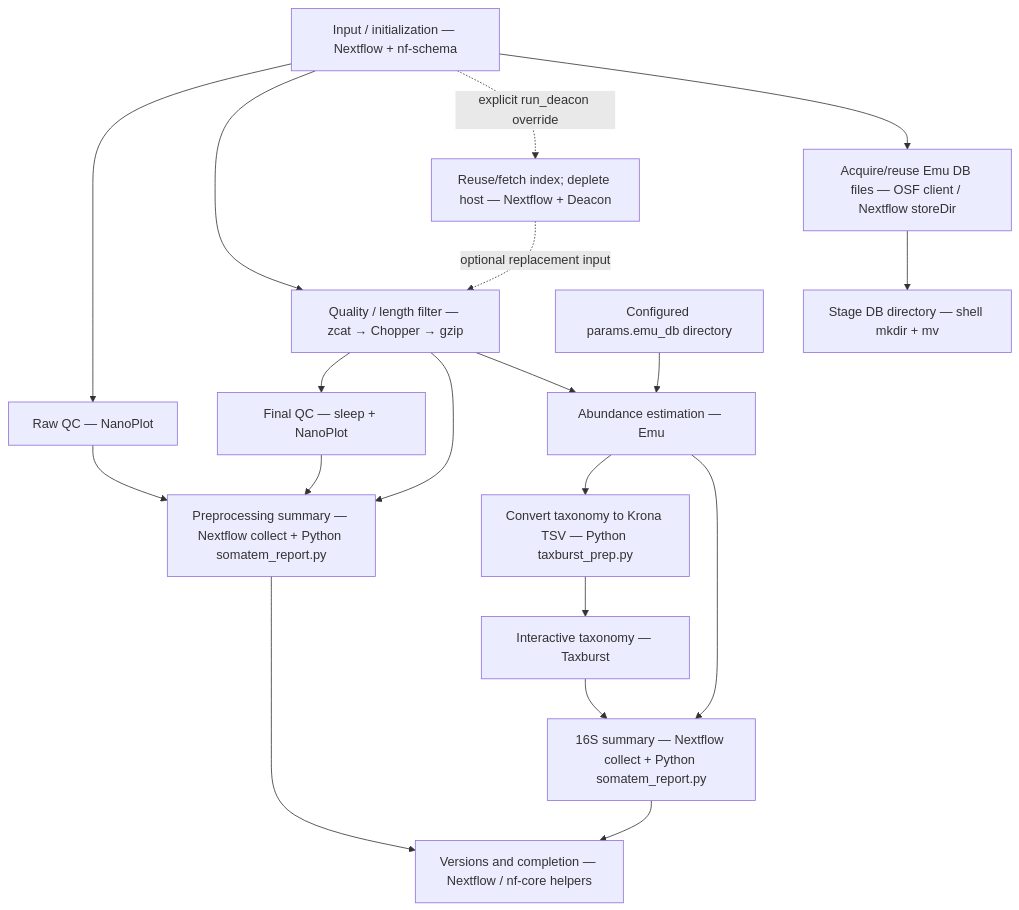
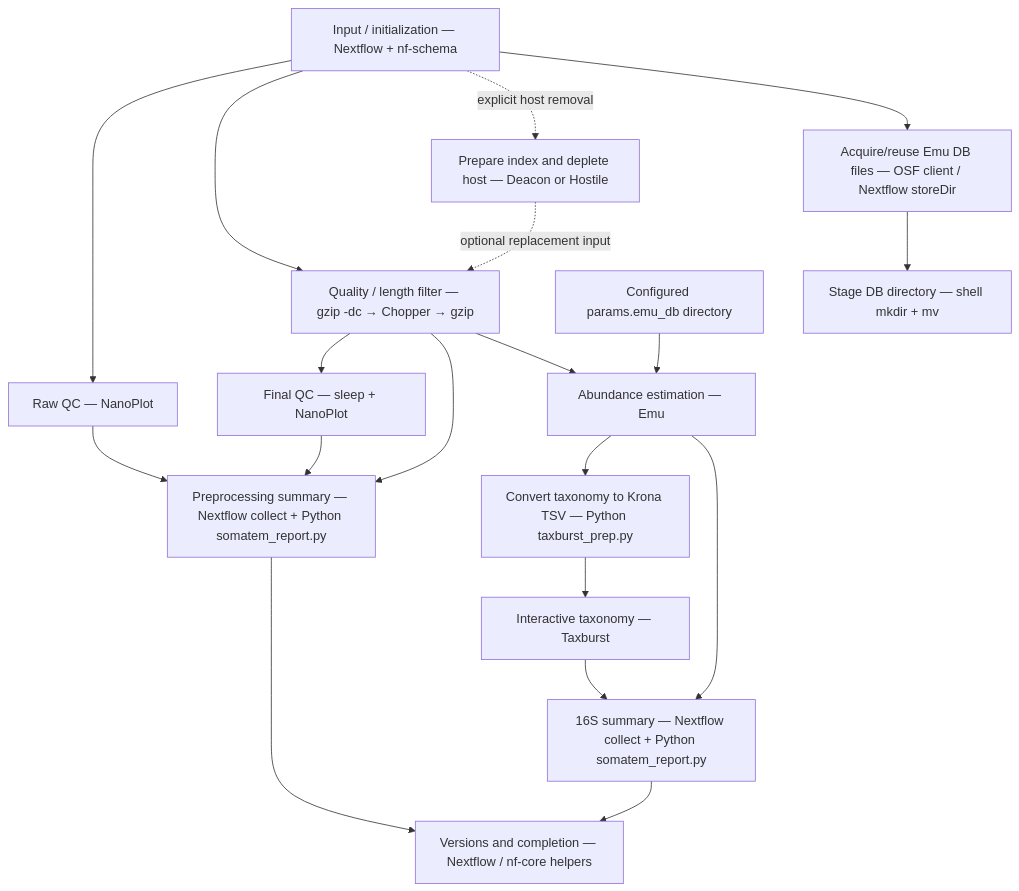
The third of 17 diagrams in docs/workflow-breakdown.md (treangenlab/somatem), drawn with Mermaid before and after one commit. The commit also changed other lines of this file and 15 other files, not shown here.

Commit message:
add hostile back for host genomes with no pan

````diff
--- a/docs/workflow-breakdown.md
+++ b/docs/workflow-breakdown.md
@@ -119,21 +119,21 @@
 ```mermaid
 flowchart TD
     S0["Input / initialization — Nextflow + nf-schema"] --> S1["Raw QC — NanoPlot"]
-    S0 --> S2["Quality / length filter — zcat → Chopper → gzip"]
-    S0 -. explicit run_deacon override .-> SD["Reuse/fetch index; deplete host — Nextflow + Deacon"]
+    S0 --> S2["Quality / length filter — gzip -dc → Chopper → gzip"]
+    S0 -. explicit host removal .-> SD["Prepare index and deplete host — Deacon or Hostile"]
     SD -. optional replacement input .-> S2
     S2 --> S3["Final QC — sleep + NanoPlot"]
     S1 --> S4["Preprocessing summary — Nextflow collect + Python somatem_report.py"]
     S2 --> S4
     S3 --> S4
     S0 --> S5["Acquire/reuse Emu DB files — OSF client / Nextflow storeDir"]
     S5 --> S6["Stage DB directory — shell mkdir + mv"]
     SP["Configured params.emu_db directory"] --> S7["Abundance estimation — Emu"]
     S2 --> S7
     S7 --> S8["Convert taxonomy to Krona TSV — Python taxburst_prep.py"]
     S8 --> S9["Interactive taxonomy — Taxburst"]
     S7 --> S10["16S summary — Nextflow collect + Python somatem_report.py"]
     S9 --> S10
     S4 --> S11["Versions and completion — Nextflow / nf-core helpers"]
     S10 --> S11
 ```
````
